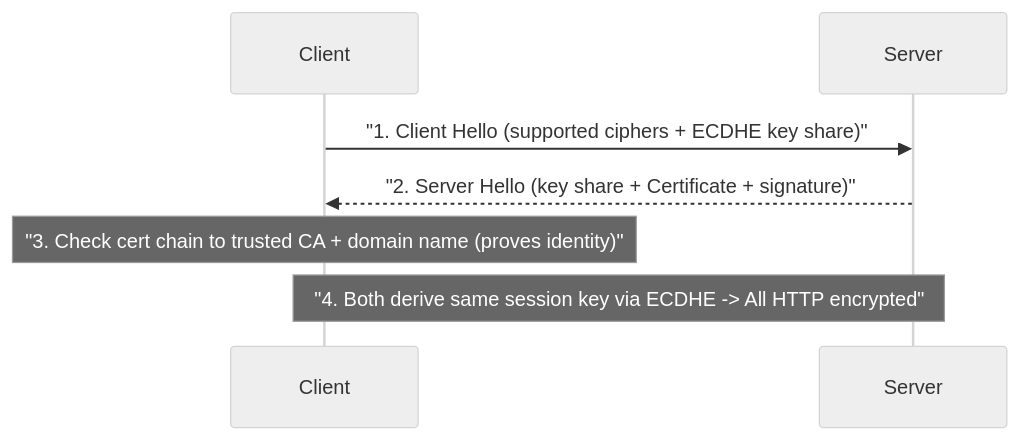
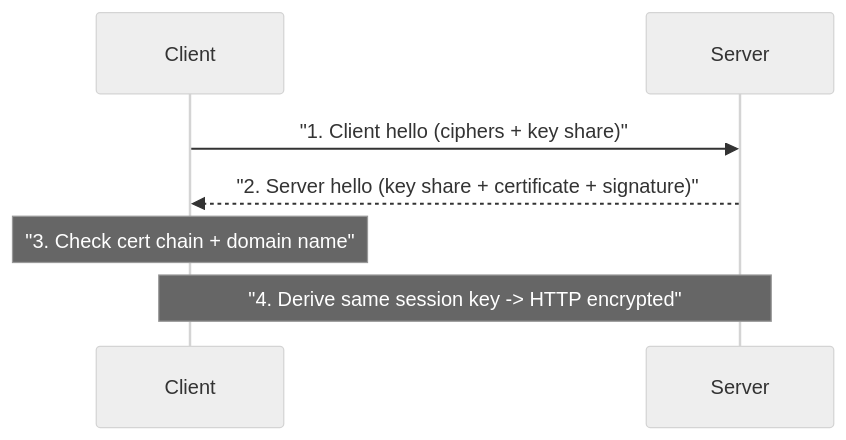
One commit to SthNoWork/Y3-S1-Lessons changed the third of 6 diagrams in Software Architecture/Midterm/study.md. Above: the diagram before and after it, drawn with Mermaid (neutral theme). The commit also changed other lines of this file and 8 other files, not shown here.

````diff
--- a/Software Architecture/Midterm/study.md
+++ b/Software Architecture/Midterm/study.md
@@ -433,9 +467,9 @@
 ```mermaid
 sequenceDiagram
   participant C as Client
   participant S as Server
-  C->>S: "1. Client Hello (supported ciphers + ECDHE key share)"
-  S-->>C: "2. Server Hello (key share + Certificate + signature)"
-  Note over C: "3. Check cert chain to trusted CA + domain name (proves identity)"
-  Note over C,S: "4. Both derive same session key via ECDHE -> All HTTP encrypted"
+  C->>S: "1. Client hello (ciphers + key share)"
+  S-->>C: "2. Server hello (key share + certificate + signature)"
+  Note over C: "3. Check cert chain + domain name"
+  Note over C,S: "4. Derive same session key -> HTTP encrypted"
 ```
````
